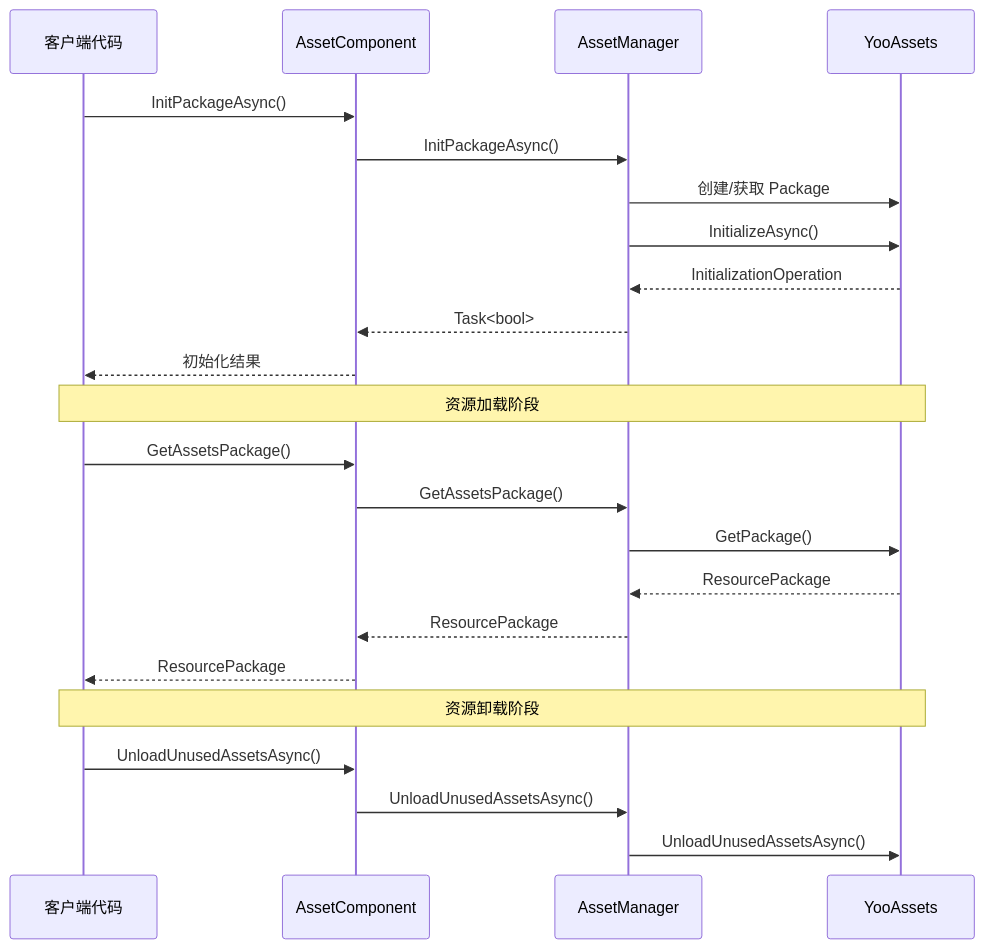
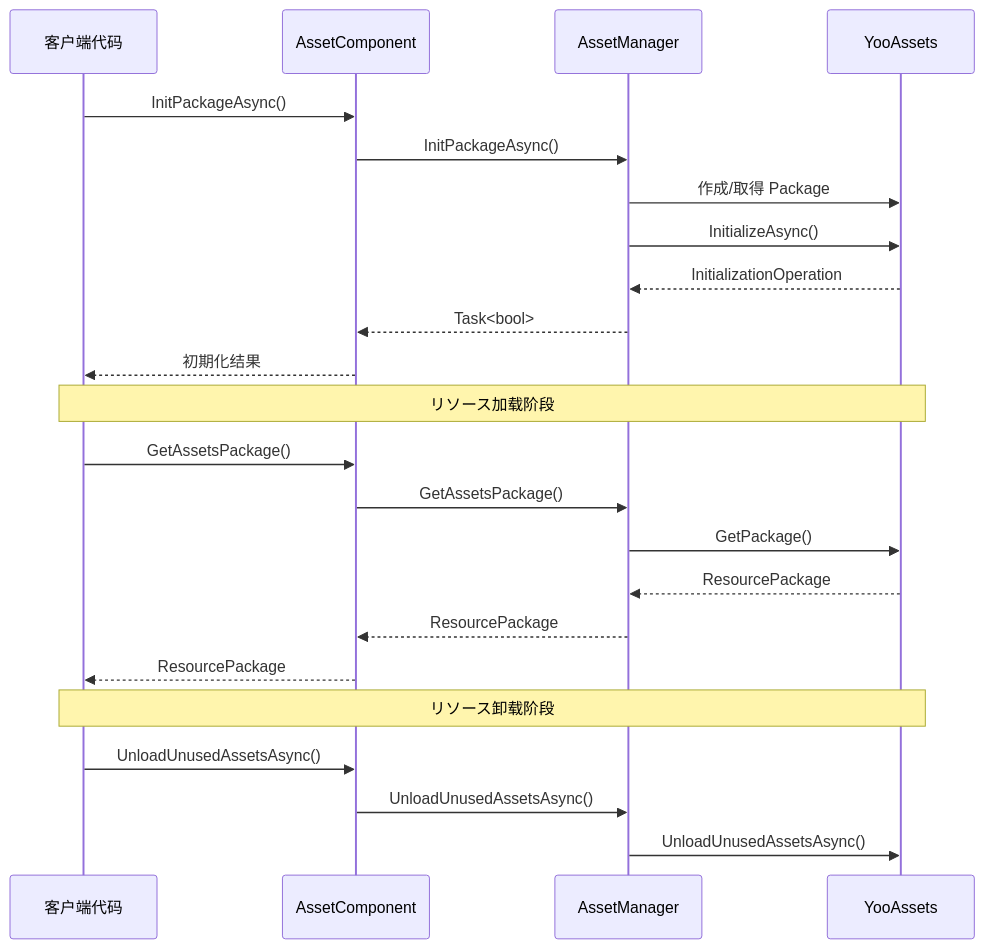
One commit to AlianBlank/GameFrameX.Docs changed the second of 2 diagrams in docs/ja/client/unity/component/asset/12.package-management.md. Above: the diagram before and after it, drawn with Mermaid. The commit also changed other lines of this file and 603 other files, not shown here.

````diff
--- a/docs/ja/client/unity/component/asset/12.package-management.md
+++ b/docs/ja/client/unity/component/asset/12.package-management.md
@@ -262,30 +262,30 @@
 ```mermaid
 sequenceDiagram
     participant Client as 客户端代码
     participant AC as AssetComponent
     participant AM as AssetManager
     participant YA as YooAssets
 
     Client->>AC: InitPackageAsync()
     AC->>AM: InitPackageAsync()
-    AM->>YA: 创建/获取 Package
+    AM->>YA: 作成/取得 Package
     AM->>YA: InitializeAsync()
     YA-->>AM: InitializationOperation
     AM-->>AC: Task<bool>
-    AC-->>Client: 初始化结果
+    AC-->>Client: 初期化结果
 
-    Note over Client,YA: 资源加载阶段
+    Note over Client,YA: リソース加载阶段
 
     Client->>AC: GetAssetsPackage()
     AC->>AM: GetAssetsPackage()
     AM->>YA: GetPackage()
     YA-->>AM: ResourcePackage
     AM-->>AC: ResourcePackage
     AC-->>Client: ResourcePackage
 
-    Note over Client,YA: 资源卸载阶段
+    Note over Client,YA: リソース卸载阶段
 
     Client->>AC: UnloadUnusedAssetsAsync()
     AC->>AM: UnloadUnusedAssetsAsync()
     AM->>YA: UnloadUnusedAssetsAsync()
 ```
````
